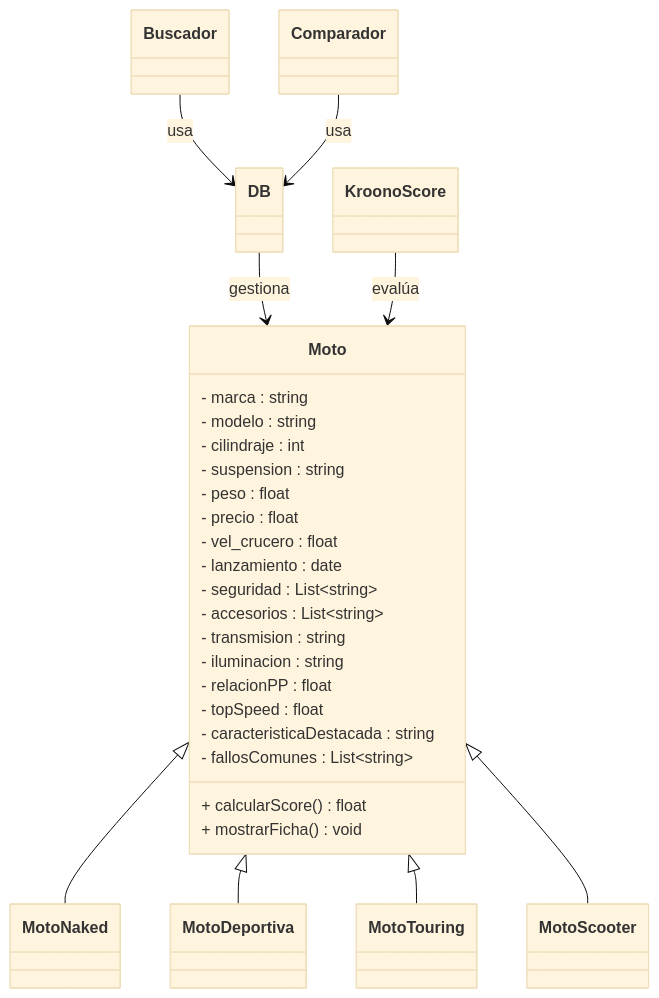
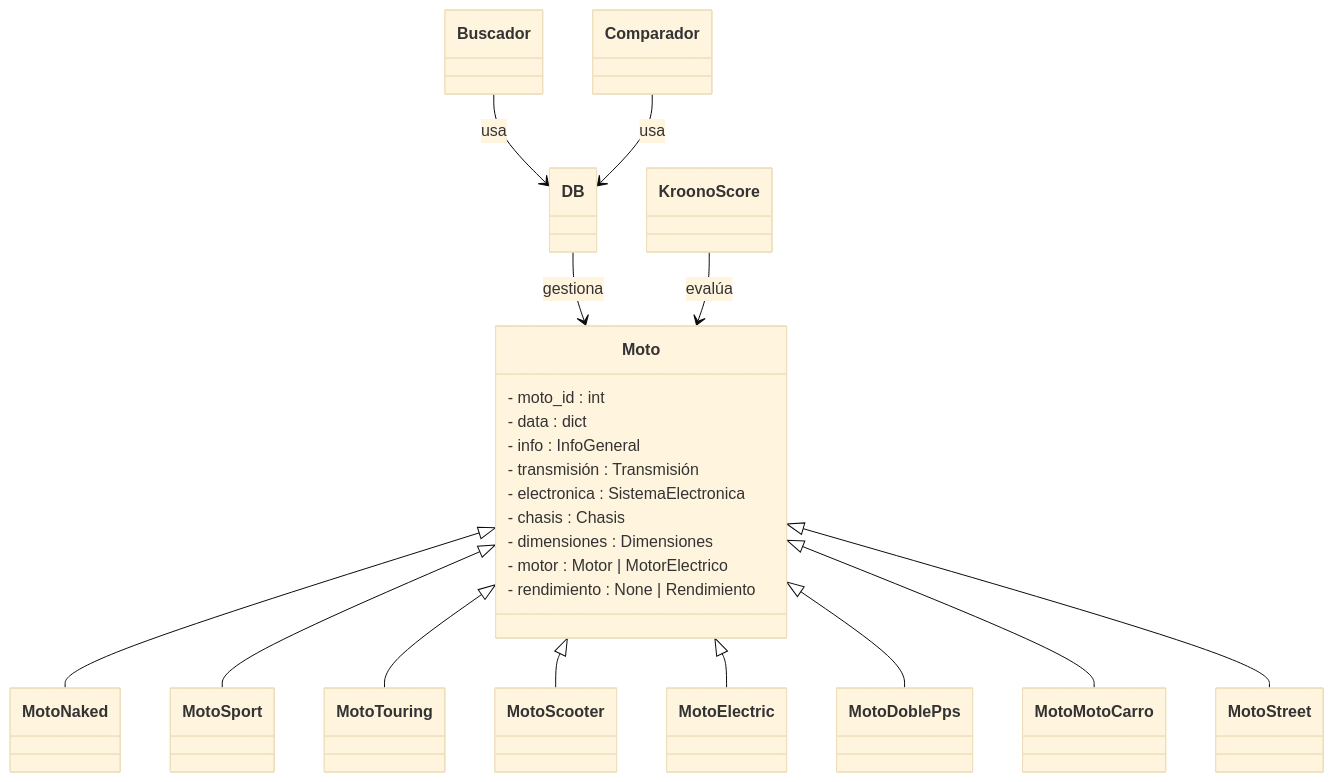
Before and after one commit to NotName-K/proj_Lkvk: the first of 6 diagrams in README.md, drawn with Mermaid (base theme). The commit also changed other lines of this file, not shown here.

````diff
--- a/README.md
+++ b/README.md
@@ -65,69 +65,71 @@
 ```mermaid
 classDiagram
-    %% ===== CLASE PRINCIPAL =====
     class Moto {
-        - marca : string
-        - modelo : string
-        - cilindraje : int
-        - suspension : string
-        - peso : float
-        - precio : float
-        - vel_crucero : float
-        - lanzamiento : date
-        - seguridad : List~string~
-        - accesorios : List~string~
-        - transmision : string
-        - iluminacion : string
-        - relacionPP : float
-        - topSpeed : float
-        - caracteristicaDestacada : string
-        - fallosComunes : List~string~
-        + calcularScore() float
-        + mostrarFicha() void
+        - moto_id : int
+        - data : dict
+        - info : InfoGeneral
+        - transmisión : Transmisión
+        - electronica : SistemaElectronica
+        - chasis : Chasis
+        - dimensiones : Dimensiones
+        - motor : Motor | MotorElectrico
+        - rendimiento : None | Rendimiento
     }
-
-   
-    class MotoNaked {
+    class MotoSport {
         
     }
-
-    class MotoDeportiva {
-        
-    }
-
     class MotoTouring {
         
     }
 
     class MotoScooter {
         
     }
+    class MotoElectric {
+        
+    }
+    class MotoDoblePps {
+        
+    }
+    class MotoMotoCarro {
+        
+    }
+    class MotoNaked {
+        
+    }
 
-    
+    class MotoStreet {
+        
+    }
+
     class Buscador {
        
     }
 
     class Comparador {
         
     }
 
     class KroonoScore {
        
     }
 
     class DB {
         
     }
 
  
     Moto <|-- MotoNaked
-    Moto <|-- MotoDeportiva
+    Moto <|-- MotoSport
     Moto <|-- MotoTouring
     Moto <|-- MotoScooter
-
+    Moto <|-- MotoElectric
+    Moto <|-- MotoDoblePps
+    Moto <|-- MotoMotoCarro
+    Moto <|-- MotoStreet
+    
      DB --> Moto : gestiona
     Buscador --> DB : usa
     Comparador --> DB : usa
     KroonoScore --> Moto : evalúa
 ```
````
